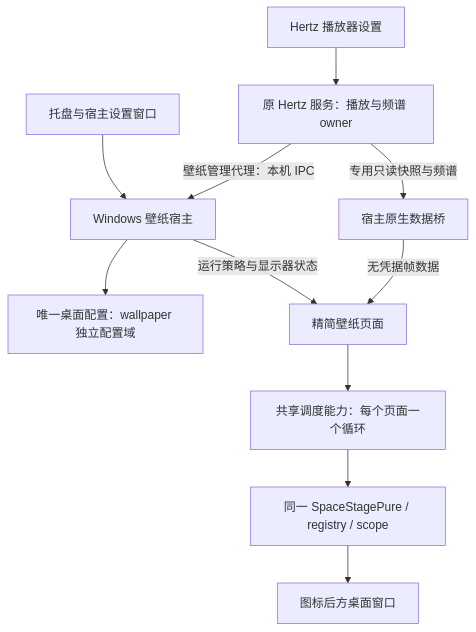
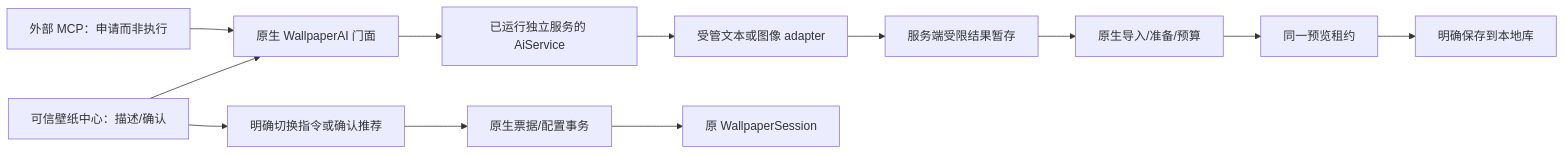
Before and after one commit to onceMisery/hertz-studio: the third of 3 diagrams in docs/desktop-wallpaper.md, drawn with Mermaid. The commit also changed other lines of this file and 105 other files, not shown here.

````diff
--- a/docs/desktop-wallpaper.md
+++ b/docs/desktop-wallpaper.md
@@ -156,13 +1166,14 @@
 ```mermaid
-flowchart TD
-  Player[Hertz 播放器设置] --> Service[原 Hertz 服务：播放与频谱 owner]
-  Service -->|壁纸管理代理：本机 IPC| Native[Windows 壁纸宿主]
-  Tray[托盘与宿主设置窗口] --> Native
-  Native --> Config[唯一桌面配置：wallpaper 独立配置域]
-  Service -->|专用只读快照与频谱| Feed[宿主原生数据桥]
-  Feed -->|无凭据帧数据| View[精简壁纸页面]
-  Native -->|运行策略与显示器状态| View
-  View --> Scheduler[共享调度能力：每个页面一个循环]
-  Scheduler --> Engine[同一 SpaceStagePure / registry / scope]
-  Engine --> Desktop[图标后方桌面窗口]
+flowchart LR
+  UI[可信壁纸中心：描述/确认] --> Native[原生 WallpaperAI 门面]
+  Native --> AI[已运行独立服务的 AiService]
+  AI --> Provider[受管文本或图像 adapter]
+  Provider --> Artifact[服务端受限结果暂存]
+  Artifact --> Import[原生导入/准备/预算]
+  Import --> Preview[同一预览租约]
+  Preview --> Save[明确保存到本地库]
+  UI --> Ticket[明确切换指令或确认推荐]
+  Ticket --> Commit[原生票据/配置事务]
+  Commit --> Session[原 WallpaperSession]
+  MCP[外部 MCP：申请而非执行] --> Native
 ```
````
